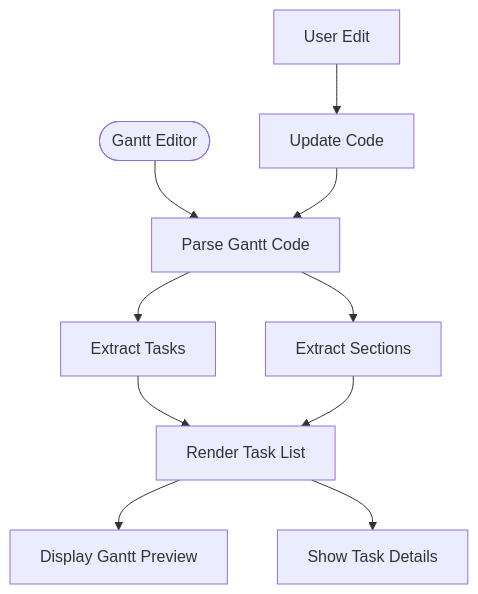
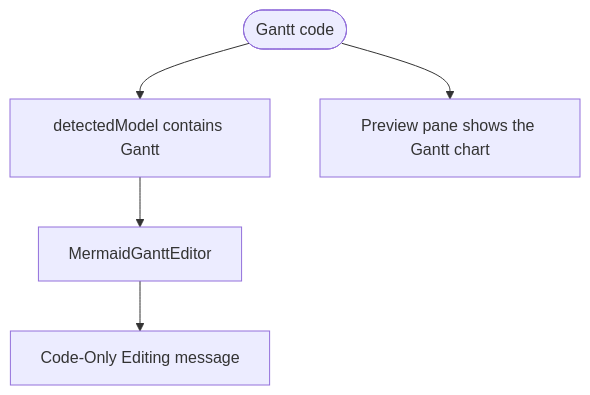
Before and after one commit to ongchonghian/universal-diagram-editor: the fourth of 10 diagrams in .qoder/repowiki/en/content/Diagram Types and Formats/Mermaid Diagrams/Advanced Chart Types.md, drawn with Mermaid. The commit also changed other lines of this file and 31 other files, not shown here.

````diff
--- a/.qoder/repowiki/en/content/Diagram Types and Formats/Mermaid Diagrams/Advanced Chart Types.md
+++ b/.qoder/repowiki/en/content/Diagram Types and Formats/Mermaid Diagrams/Advanced Chart Types.md
@@ -173,12 +156,7 @@
 ```mermaid
 flowchart TD
-Start(["Gantt Editor"]) --> Parse["Parse Gantt Code"]
-Parse --> Tasks["Extract Tasks"]
-Parse --> Sections["Extract Sections"]
-Tasks --> UI["Render Task List"]
-Sections --> UI
-UI --> Preview["Display Gantt Preview"]
-UI --> Sidebar["Show Task Details"]
-Edit["User Edit"] --> Update["Update Code"]
-Update --> Parse
+Start(["Gantt code"]) --> Detect["detectedModel contains Gantt"]
+Detect --> Placeholder["MermaidGanttEditor"]
+Placeholder --> Msg["Code-Only Editing message"]
+Start --> Preview["Preview pane shows the Gantt chart"]
 ```
````
